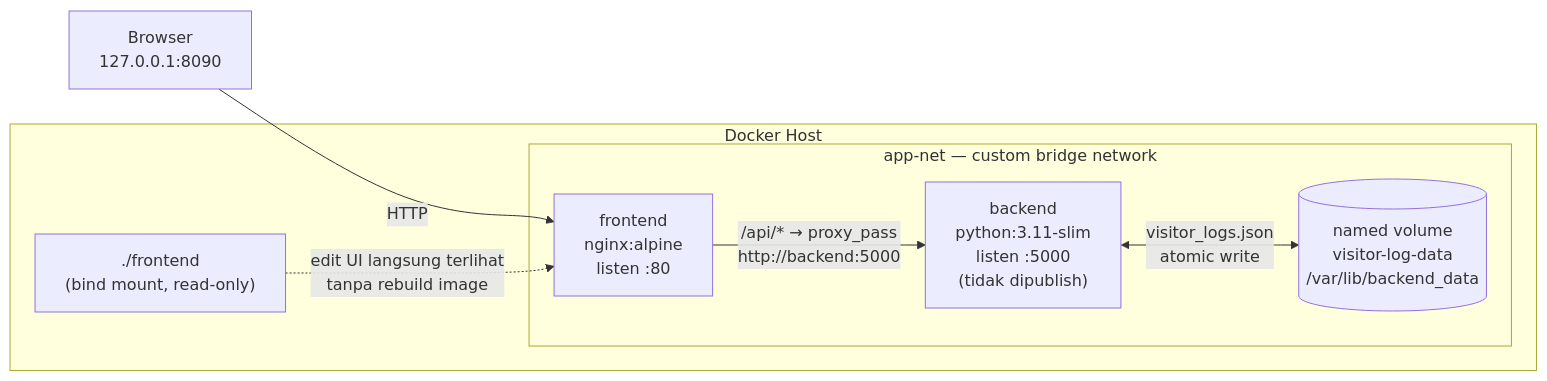
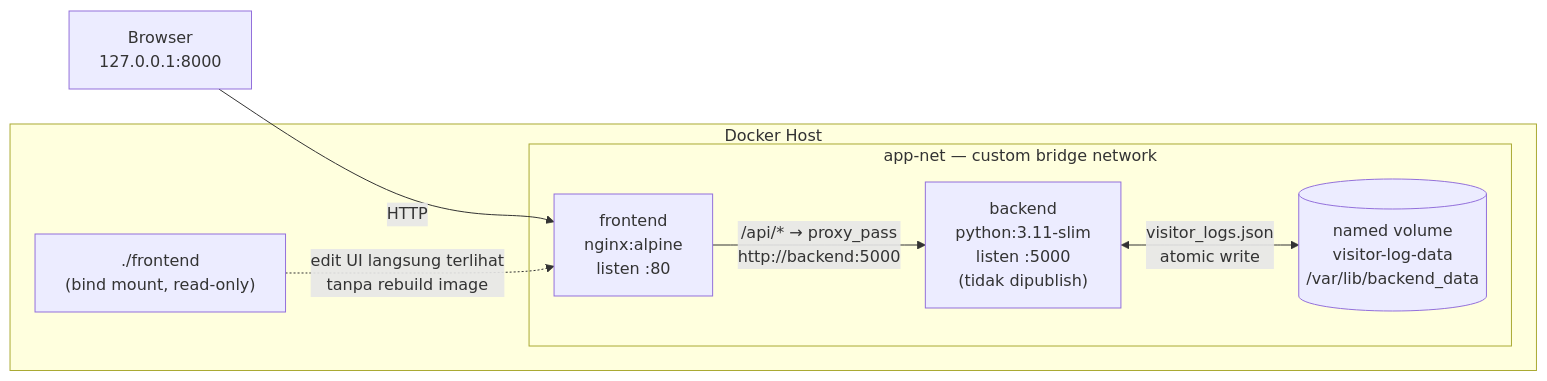
One commit to argaulyaa/Tugas-Ujian-Chunin changed the first of 2 diagrams in README.md. Above: the diagram before and after it, drawn with Mermaid. The commit also changed other lines of this file and 11 other files, not shown here.

Commit message:
feat: expose app on port 8000 per required CI/CD architecture; add status and tunnel helpers

````diff
--- a/README.md
+++ b/README.md
@@ -29,18 +29,18 @@
 ```mermaid
 flowchart LR
-    U["Browser<br/>127.0.0.1:8090"]
+    U["Browser<br/>127.0.0.1:8000"]
 
     subgraph HOST["Docker Host"]
         SRC["./frontend<br/>(bind mount, read-only)"]
         subgraph NET["app-net — custom bridge network"]
             FE["frontend<br/>nginx:alpine<br/>listen :80"]
             BE["backend<br/>python:3.11-slim<br/>listen :5000<br/>(tidak dipublish)"]
             VOL[("named volume<br/>visitor-log-data<br/>/var/lib/backend_data")]
         end
     end
 
     U -->|HTTP| FE
     FE -->|"/api/* → proxy_pass<br/>http://backend:5000"| BE
     BE <-->|"visitor_logs.json<br/>atomic write"| VOL
     SRC -.->|"edit UI langsung terlihat<br/>tanpa rebuild image"| FE
 ```
````
